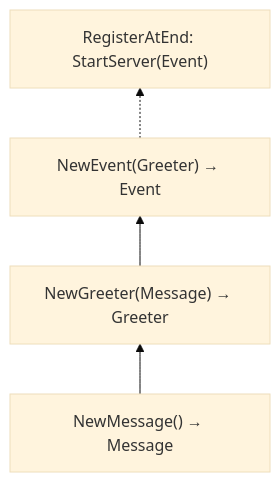
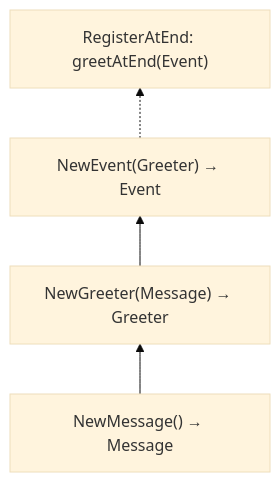
One commit to Ignaciojeria/ioc changed the second of 2 diagrams in readme.md. Above: the diagram before and after it, drawn with Mermaid (base theme).

Commit message:
mermaid diagram updated

````diff
--- a/readme.md
+++ b/readme.md
@@ -211,6 +211,6 @@
 ```mermaid
 graph BT
     NewMessage["NewMessage() → Message"] --> NewGreeter["NewGreeter(Message) → Greeter"]
     NewGreeter --> NewEvent["NewEvent(Greeter) → Event"]
-    NewEvent -.-> AtEnd["RegisterAtEnd: StartServer(Event)"]
+    NewEvent -.-> AtEnd["RegisterAtEnd: greetAtEnd(Event)"]
 ```
````
